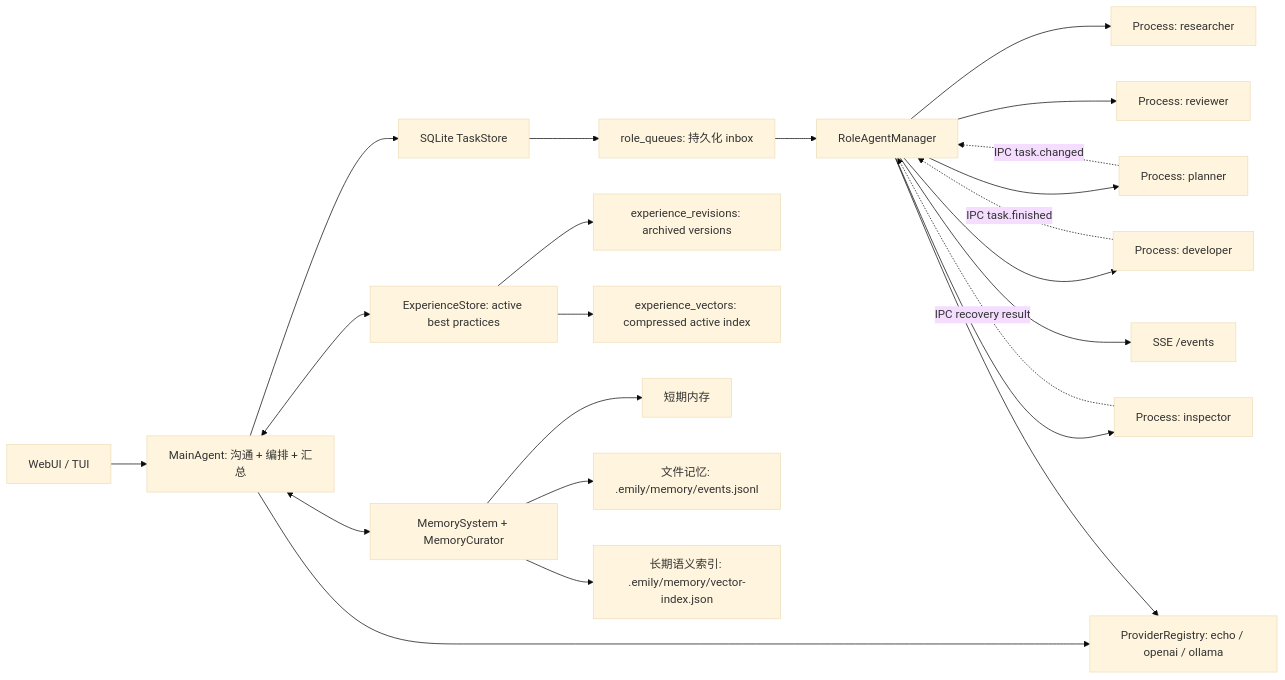
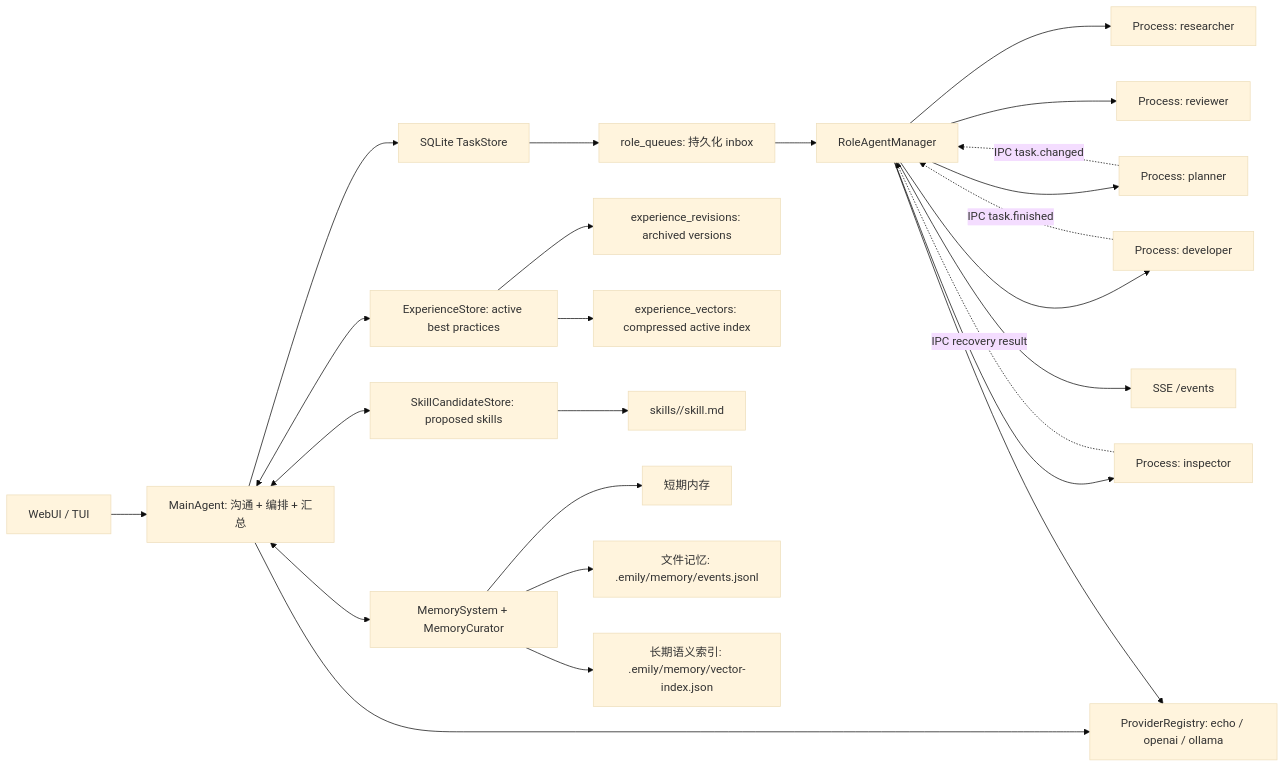
Before and after one commit to yuxin0613/emily-agent: the diagram in README.md, drawn with Mermaid (base theme). The commit also changed other lines of this file and 28 other files, not shown here.

Commit message:
feat: add tools skills and skill candidates

````diff
--- a/README.md
+++ b/README.md
@@ -9,25 +9,27 @@
 ```mermaid
 flowchart LR
   UI["WebUI / TUI"] --> Main["MainAgent: 沟通 + 编排 + 汇总"]
   Main --> Store["SQLite TaskStore"]
   Store --> Queue["role_queues: 持久化 inbox"]
   Queue --> Manager["RoleAgentManager"]
   Manager --> Planner["Process: planner"]
   Manager --> Developer["Process: developer"]
   Manager --> Researcher["Process: researcher"]
   Manager --> Reviewer["Process: reviewer"]
   Manager --> Inspector["Process: inspector"]
   Main --> Providers["ProviderRegistry: echo / openai / ollama"]
   Manager --> Providers
   Planner -. "IPC task.changed" .-> Manager
   Developer -. "IPC task.finished" .-> Manager
   Inspector -. "IPC recovery result" .-> Manager
   Manager --> Events["SSE /events"]
   Main <--> Memory["MemorySystem + MemoryCurator"]
   Main <--> Experience["ExperienceStore: active best practices"]
   Experience --> Revisions["experience_revisions: archived versions"]
   Experience --> Compressed["experience_vectors: compressed active index"]
+  Main <--> SkillCandidates["SkillCandidateStore: proposed skills"]
+  SkillCandidates --> SkillFiles["skills/<skill>/skill.md"]
   Memory --> RAM["短期内存"]
   Memory --> File["文件记忆: .emily/memory/events.jsonl"]
   Memory --> Vector["长期语义索引: .emily/memory/vector-index.json"]
 ```
````
